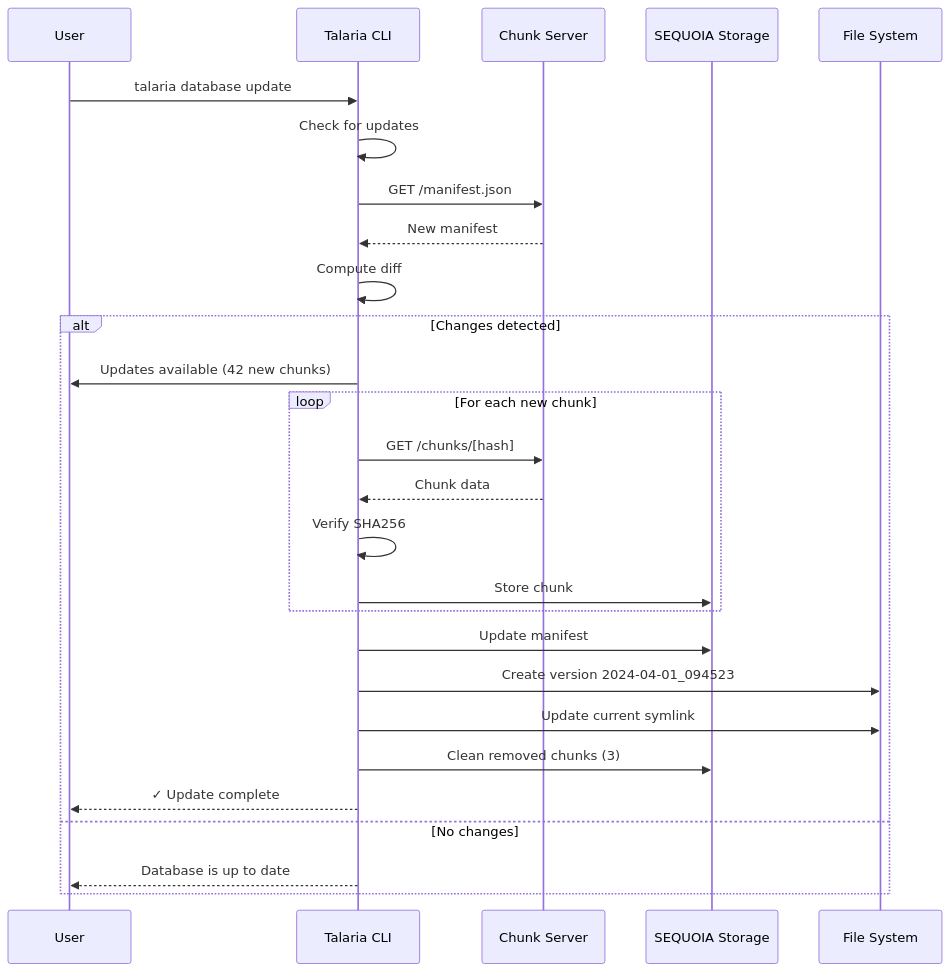
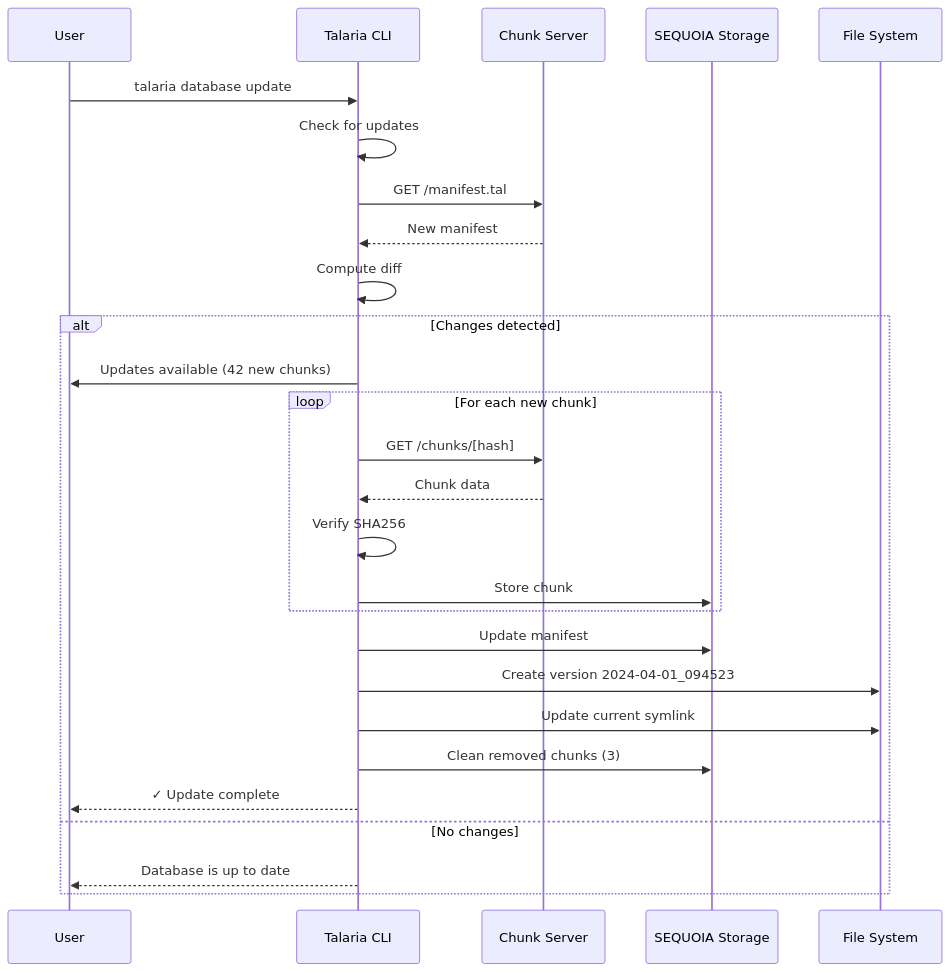
Before and after one commit to bfowle/talaria: the fourth of 6 diagrams in docs/src/sequoia/workflows.md, drawn with Mermaid. The commit also changed other lines of this file and 290 other files, not shown here.

````diff
--- a/docs/src/sequoia/workflows.md
+++ b/docs/src/sequoia/workflows.md
@@ -218,33 +218,33 @@
 ```mermaid
 sequenceDiagram
     participant User
     participant CLI as Talaria CLI
     participant Server as Chunk Server
     participant SEQUOIA as SEQUOIA Storage
     participant FS as File System
 
     User->>CLI: talaria database update
     CLI->>CLI: Check for updates
-    CLI->>Server: GET /manifest.json
+    CLI->>Server: GET /manifest.tal
     Server-->>CLI: New manifest
     CLI->>CLI: Compute diff
 
     alt Changes detected
         CLI->>User: Updates available (42 new chunks)
 
         loop For each new chunk
             CLI->>Server: GET /chunks/[hash]
             Server-->>CLI: Chunk data
             CLI->>CLI: Verify SHA256
             CLI->>SEQUOIA: Store chunk
         end
 
         CLI->>SEQUOIA: Update manifest
         CLI->>FS: Create version 2024-04-01_094523
         CLI->>FS: Update current symlink
         CLI->>SEQUOIA: Clean removed chunks (3)
         CLI-->>User: ✓ Update complete
     else No changes
         CLI-->>User: Database is up to date
     end
 ```
````
